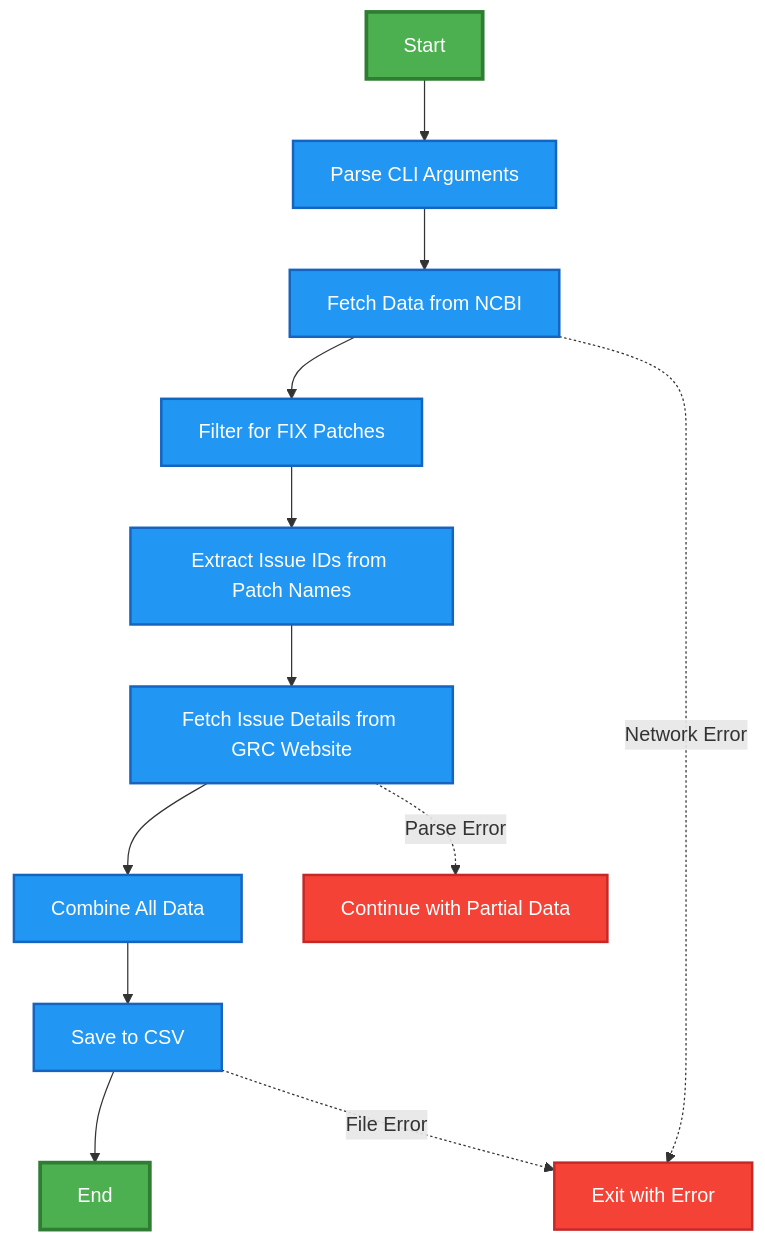
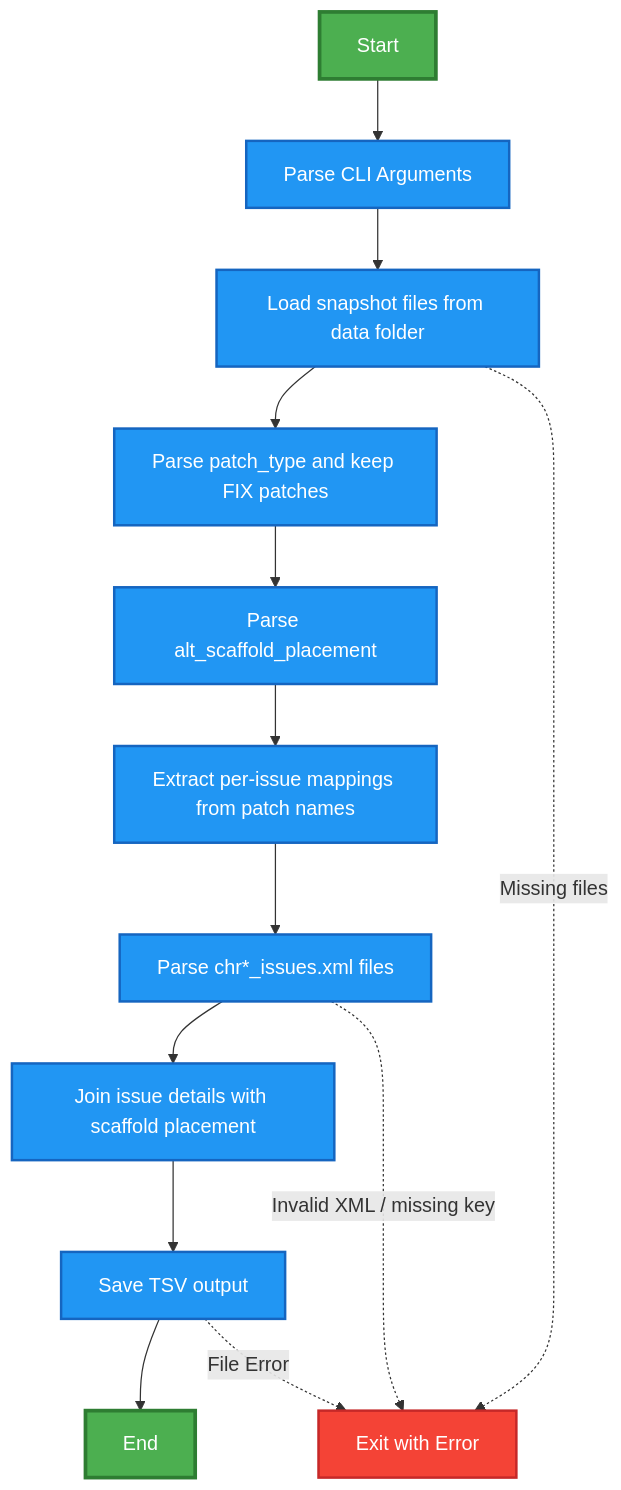
The diagram in README.md (RNA-Cloud/grc_fixes_monitoring), drawn with Mermaid before and after one commit. The commit also changed other lines of this file and 63 other files, not shown here.

````diff
--- a/README.md
+++ b/README.md
@@ -17,32 +17,33 @@
 ```mermaid
 ---
 config:
   theme: mc
   layout: dagre
   flowchart:
     htmlLabels: true
 ---
 flowchart TD
     A[Start] --> B[Parse CLI Arguments]
-    B --> C[Fetch Data from NCBI]
-    C --> D[Filter for FIX Patches]
-    D --> E[Extract Issue IDs from Patch Names]
-    E --> F[Fetch Issue Details from GRC Website]
-    F --> G[Combine All Data]
-    G --> H[Save to CSV]
-    H --> I[End]
+    B --> C[Load snapshot files from data folder]
+    C --> D[Parse patch_type and keep FIX patches]
+    D --> E[Parse alt_scaffold_placement]
+    E --> F[Extract per-issue mappings from patch names]
+    F --> G[Parse chr*_issues.xml files]
+    G --> H[Join issue details with scaffold placement]
+    H --> I[Save TSV output]
+    I --> J[End]
     
     %% Error handling
-    C -.->|Network Error| J[Exit with Error]
-    F -.->|Parse Error| K[Continue with Partial Data]
-    H -.->|File Error| J
-    
+    C -.->|Missing files| K[Exit with Error]
+    G -.->|Invalid XML / missing key| K
+    I -.->|File Error| K
+
     %% Styling
     classDef startEnd fill:#4CAF50,stroke:#2E7D32,stroke-width:3px,color:#fff
     classDef process fill:#2196F3,stroke:#1565C0,stroke-width:2px,color:#fff
     classDef error fill:#F44336,stroke:#C62828,stroke-width:2px,color:#fff
-    
-    class A,I startEnd
-    class B,C,D,E,F,G,H process
-    class J,K error
+
+    class A,J startEnd
+    class B,C,D,E,F,G,H,I process
+    class K error
 ```
````
